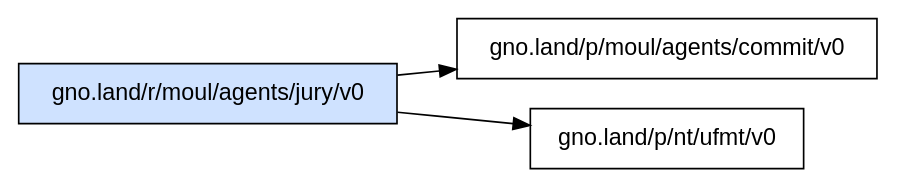
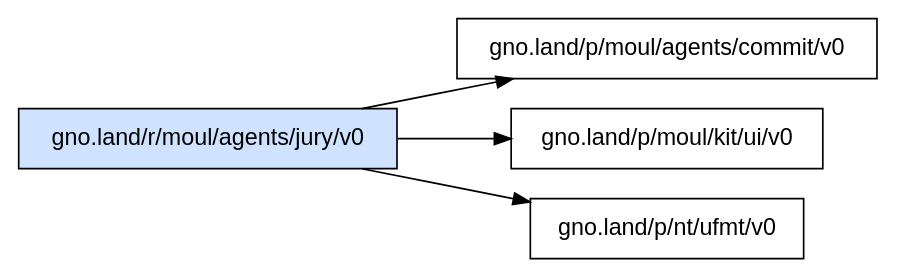
One commit to moul/gno-contracts changed the diagram in _assets/gno.land/r/moul/agents/jury/v0/deps.dot. Above: the diagram before and after it, drawn with Graphviz. The commit also changed 49 other files, not shown here.

Commit message:
chore: regenerate catalog, graphs and on-chain status [skip ci]

```diff
--- a/_assets/gno.land/r/moul/agents/jury/v0/deps.dot
+++ b/_assets/gno.land/r/moul/agents/jury/v0/deps.dot
@@ -1,7 +1,8 @@
 digraph deps {
   rankdir=LR;
   node [shape=box, fontname="sans-serif"];
   "gno.land/r/moul/agents/jury/v0" [style=filled, fillcolor="#cfe2ff"];
   "gno.land/r/moul/agents/jury/v0" -> "gno.land/p/moul/agents/commit/v0";
+  "gno.land/r/moul/agents/jury/v0" -> "gno.land/p/moul/kit/ui/v0";
   "gno.land/r/moul/agents/jury/v0" -> "gno.land/p/nt/ufmt/v0";
 }
```
